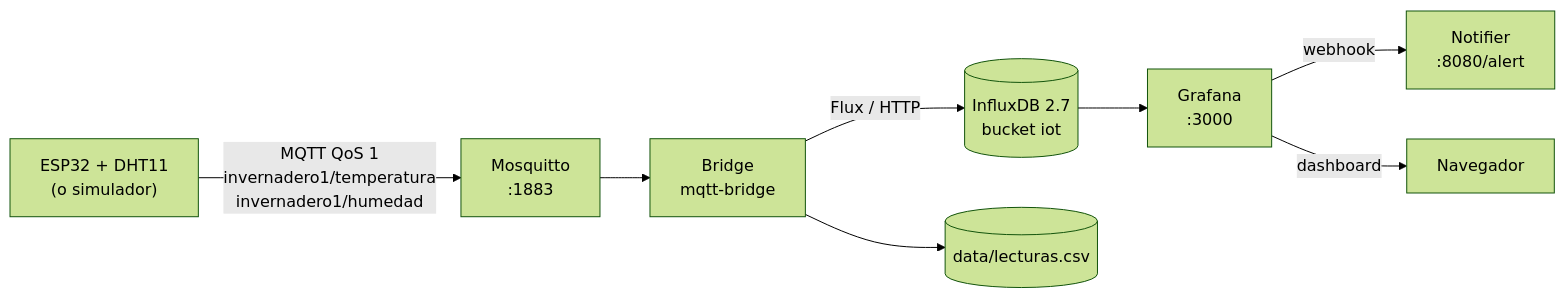
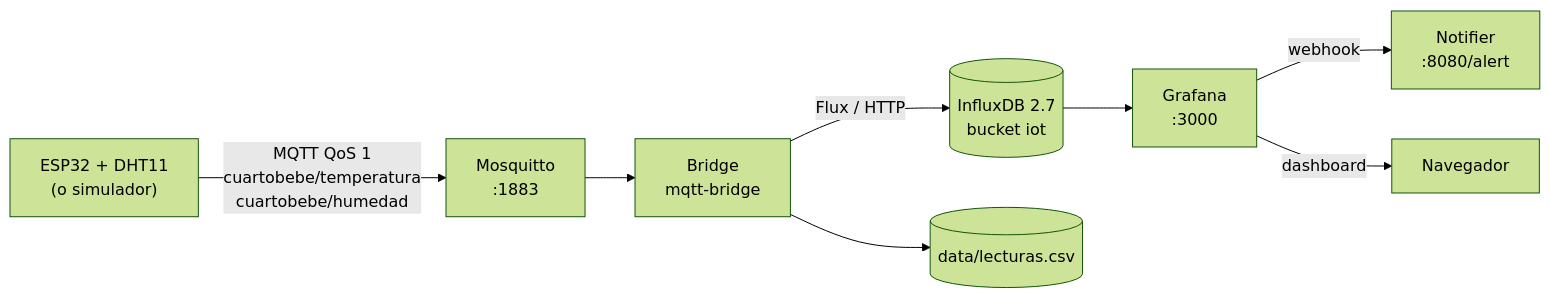
One commit to juano2024/IA_for_IoT changed the first of 2 diagrams in README.md. Above: the diagram before and after it, drawn with Mermaid (forest theme). The commit also changed other lines of this file and 11 other files, not shown here.

````diff
--- a/README.md
+++ b/README.md
@@ -973,10 +972,10 @@
 ```mermaid
 flowchart LR
-    ESP32["ESP32 + DHT11<br/>(o simulador)"] -->|"MQTT QoS 1<br/>invernadero1/temperatura<br/>invernadero1/humedad"| MQ["Mosquitto<br/>:1883"]
+    ESP32["ESP32 + DHT11<br/>(o simulador)"] -->|"MQTT QoS 1<br/>cuartobebe/temperatura<br/>cuartobebe/humedad"| MQ["Mosquitto<br/>:1883"]
     MQ --> BR["Bridge<br/>mqtt-bridge"]
     BR -->|"Flux / HTTP"| INF[("InfluxDB 2.7<br/>bucket iot")]
     BR --> CSV[("data/lecturas.csv")]
     INF --> GRAF["Grafana<br/>:3000"]
     GRAF -->|"webhook"| NOT["Notifier<br/>:8080/alert"]
     GRAF -->|"dashboard"| USER["Navegador"]
 ```
````
